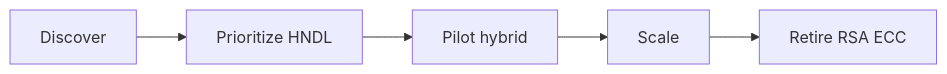
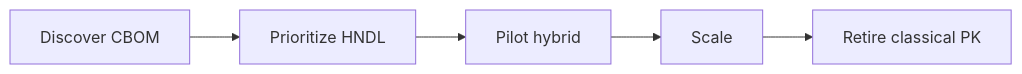
The first of 2 diagrams in manuscript/chapters/19-migration-strategies.md (kalyogyogi-ui/Ai-check-), drawn with Mermaid before and after one commit. The commit also changed other lines of this file and 31 other files, not shown here.

First line of the commit message:
Fix figure placement: in-section after intro text, repair corrupted headings

````diff
--- a/manuscript/chapters/19-migration-strategies.md
+++ b/manuscript/chapters/19-migration-strategies.md
@@ -9,7 +28,7 @@
 ```mermaid
 flowchart LR
-  D[Discover] --> P[Prioritize HNDL]
+  D[Discover CBOM] --> P[Prioritize HNDL]
   P --> I[Pilot hybrid]
   I --> S[Scale]
-  S --> R[Retire RSA ECC]
+  S --> R[Retire classical PK]
 ```
````
